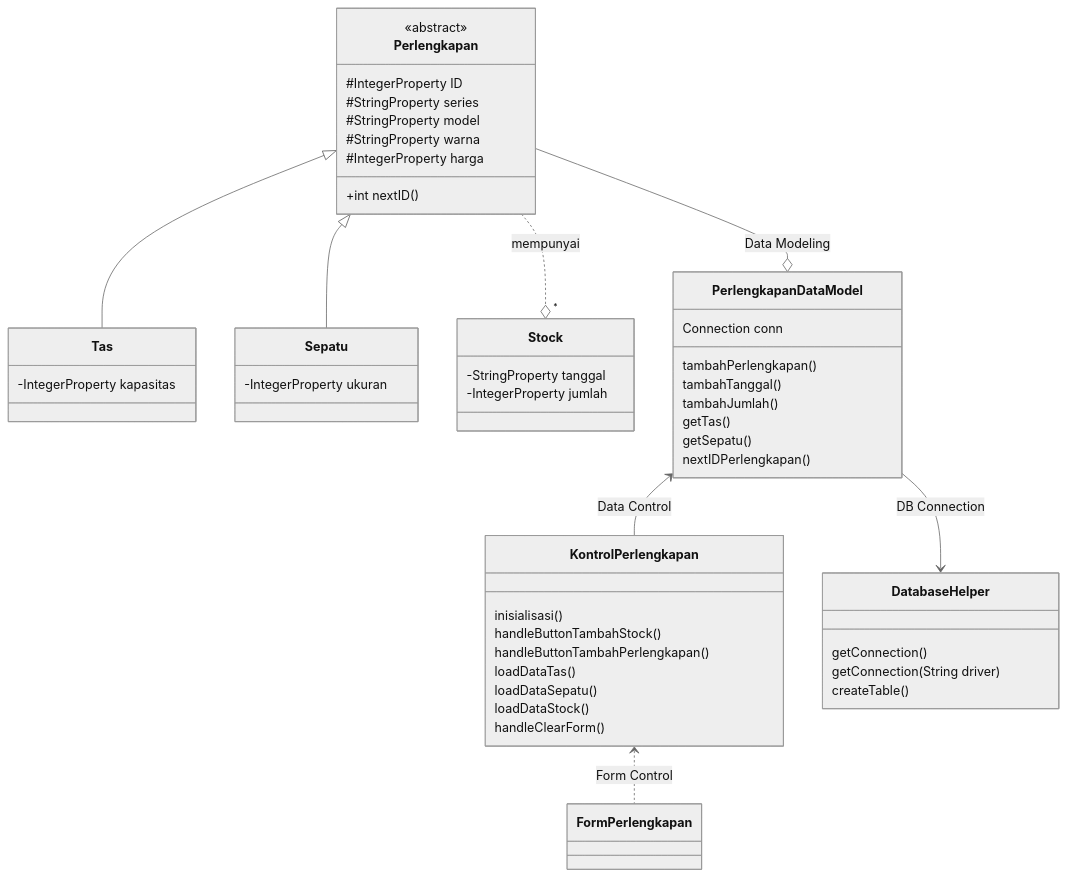
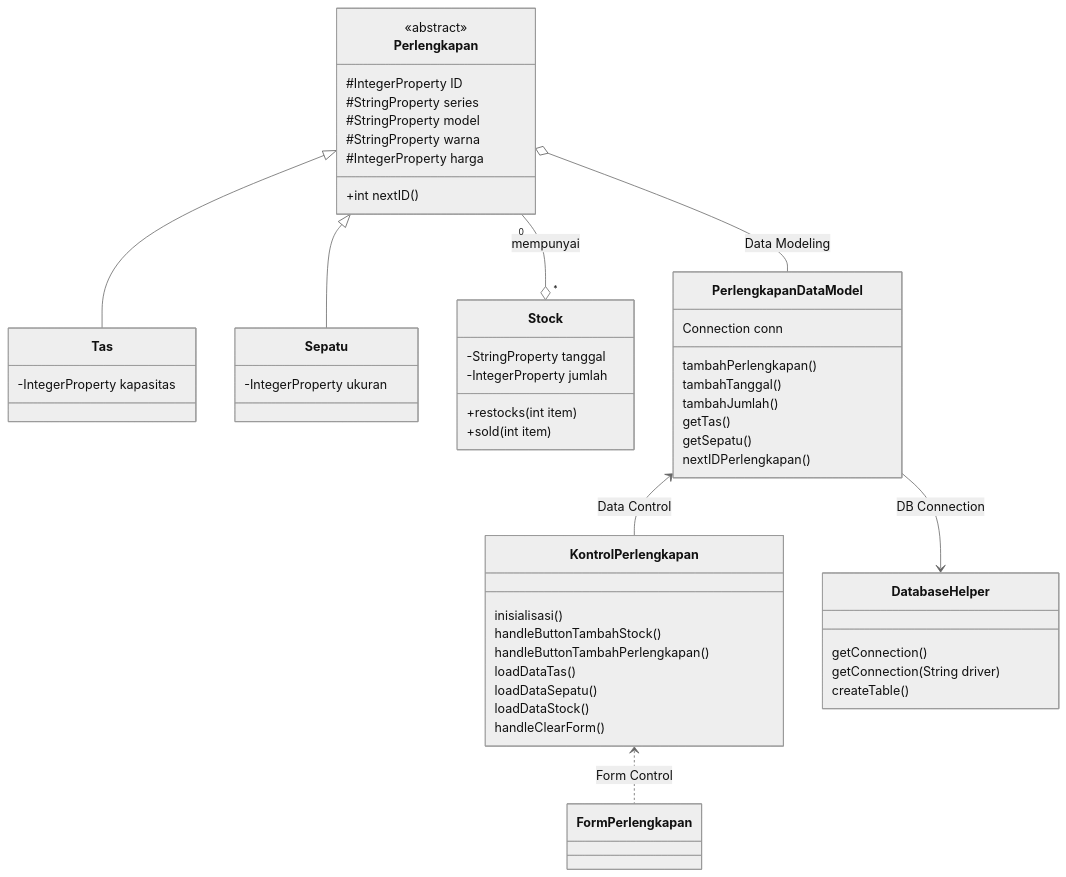
Before and after one commit to achieto/Tugas-PBO: the third of 3 diagrams in README.md, drawn with Mermaid (neutral theme). The commit also changed other lines of this file, not shown here.

````diff
--- a/README.md
+++ b/README.md
@@ -42,56 +44,58 @@
 ```mermaid
 classDiagram
       Perlengkapan <|-- Tas
       Perlengkapan <|-- Sepatu
-      Perlengkapan ..o"*" Stock : mempunyai
-      Perlengkapan --o PerlengkapanDataModel : Data Modeling
+      Perlengkapan "0"--o"*" Stock : mempunyai
+      Perlengkapan o-- PerlengkapanDataModel : Data Modeling
       PerlengkapanDataModel <-- KontrolPerlengkapan : Data Control
       PerlengkapanDataModel --> DatabaseHelper : DB Connection
       KontrolPerlengkapan <.. FormPerlengkapan : Form Control
 
       class Perlengkapan{
         <<abstract>>
         #IntegerProperty ID
         #StringProperty series
         #StringProperty model
         #StringProperty warna
         #IntegerProperty harga
         +int nextID()
       }
       
       class Tas{
         -IntegerProperty kapasitas
       }
       class Sepatu{
         -IntegerProperty ukuran
       }
       class Stock{
         -StringProperty tanggal
         -IntegerProperty jumlah
+        +restocks(int item)
+        +sold(int item)
       }
       class PerlengkapanDataModel{
         Connection conn
         tambahPerlengkapan()
         tambahTanggal()
         tambahJumlah()
         getTas()
         getSepatu()
         nextIDPerlengkapan()
       }
       class KontrolPerlengkapan{
         inisialisasi()
         handleButtonTambahStock()
         handleButtonTambahPerlengkapan()
         loadDataTas()
         loadDataSepatu()
         loadDataStock()
         handleClearForm()
       }
       class DatabaseHelper{
         getConnection()
         getConnection(String driver)
         createTable()
       }
       class FormPerlengkapan{
       }
 ```
````
